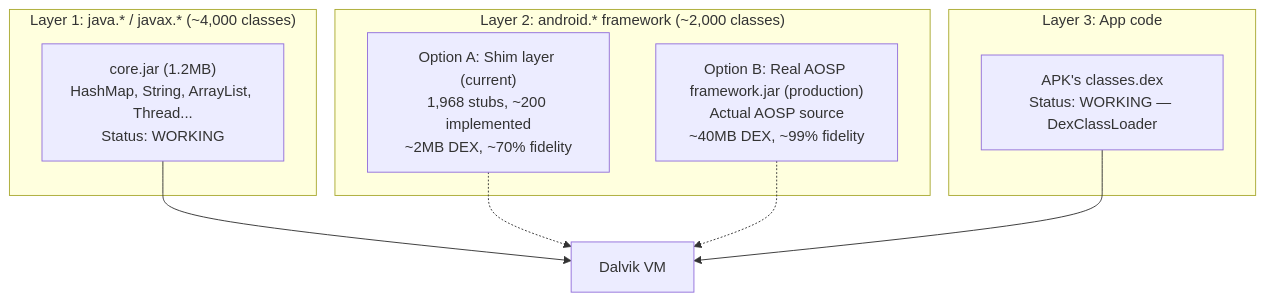
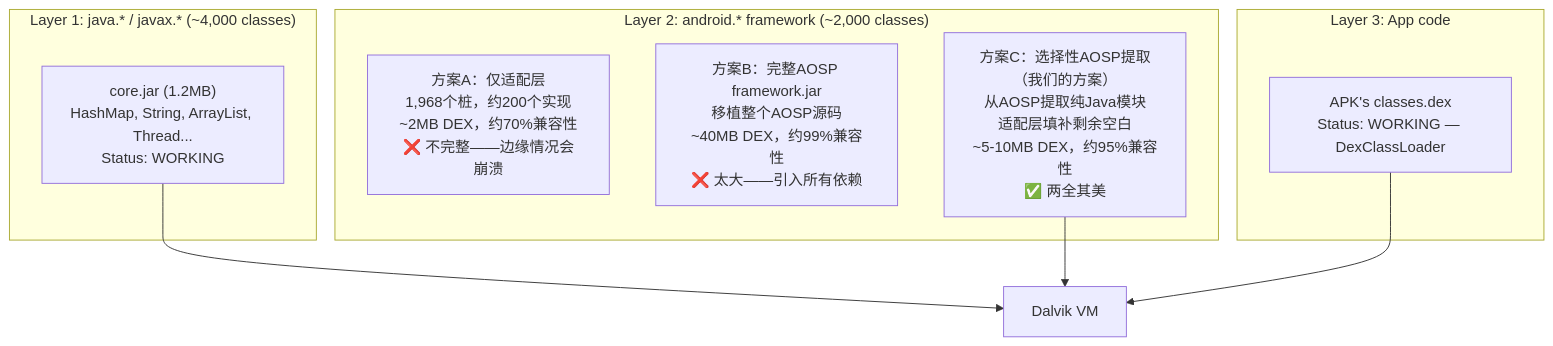
Before and after one commit to A2OH/westlake: the sixth of 20 diagrams in 02-ANDROID-AS-ENGINE-CN.md, drawn with Mermaid. The commit also changed other lines of this file and 1 other file, not shown here.

First line of the commit message:
Docs: Option C — selective AOSP extraction strategy (EN + CN)

````diff
--- a/02-ANDROID-AS-ENGINE-CN.md
+++ b/02-ANDROID-AS-ENGINE-CN.md
@@ -213,18 +213,18 @@
 ```mermaid
 graph TD
     subgraph "Layer 1: java.* / javax.* (~4,000 classes)"
         L1["core.jar (1.2MB)<br/>HashMap, String, ArrayList, Thread...<br/>Status: WORKING"]
     end
     subgraph "Layer 2: android.* framework (~2,000 classes)"
-        L2A["Option A: Shim layer (current)<br/>1,968 stubs, ~200 implemented<br/>~2MB DEX, ~70% fidelity"]
-        L2B["Option B: Real AOSP framework.jar (production)<br/>Actual AOSP source<br/>~40MB DEX, ~99% fidelity"]
+        L2A["方案A：仅适配层<br/>1,968个桩，约200个实现<br/>~2MB DEX，约70%兼容性<br/>❌ 不完整——边缘情况会崩溃"]
+        L2B["方案B：完整AOSP framework.jar<br/>移植整个AOSP源码<br/>~40MB DEX，约99%兼容性<br/>❌ 太大——引入所有依赖"]
+        L2C["方案C：选择性AOSP提取（我们的方案）<br/>从AOSP提取纯Java模块<br/>适配层填补剩余空白<br/>~5-10MB DEX，约95%兼容性<br/>✅ 两全其美"]
     end
     subgraph "Layer 3: App code"
         L3["APK's classes.dex<br/>Status: WORKING — DexClassLoader"]
     end
 
     L1 --> VM["Dalvik VM"]
-    L2A -.-> VM
-    L2B -.-> VM
+    L2C --> VM
     L3 --> VM
 ```
````
